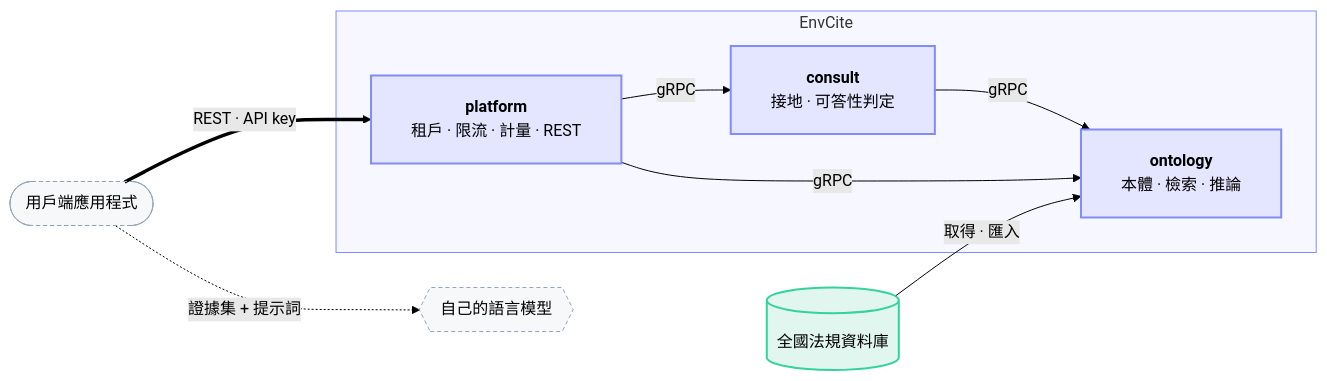
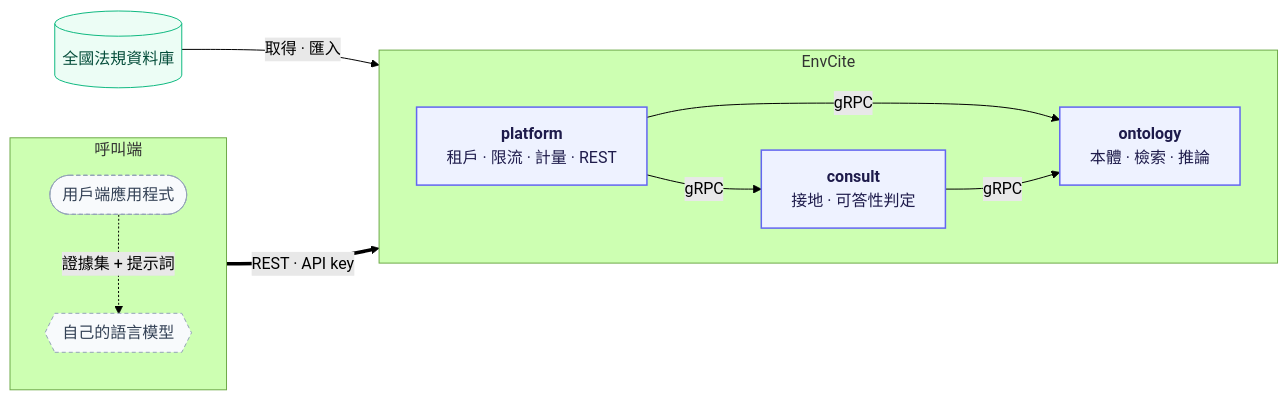
Before and after one commit to elihu0211/envcite: the diagram in README.md, drawn with Mermaid (forest theme).

Commit message:
docs: 架構圖退回已驗證可顯示的語法，避免殘影

````diff
--- a/README.md
+++ b/README.md
@@ -9,28 +9,32 @@
 ```mermaid
-%%{init: {"flowchart": {"curve": "basis", "nodeSpacing": 50, "rankSpacing": 70, "padding": 20}}}%%
+%%{init: {"flowchart": {"curve": "basis"}}}%%
 flowchart LR
-    client(["用戶端應用程式"])
-    llm{{"自己的語言模型"}}
     src[("全國法規資料庫")]
 
+    subgraph caller["呼叫端"]
+        direction TB
+        client(["用戶端應用程式"])
+        llm{{"自己的語言模型"}}
+    end
+
     subgraph envcite["EnvCite"]
+        direction LR
         platform["<b>platform</b><br/>租戶 · 限流 · 計量 · REST"]
         consult["<b>consult</b><br/>接地 · 可答性判定"]
         ontology["<b>ontology</b><br/>本體 · 檢索 · 推論"]
     end
 
     client ==>|"REST · API key"| platform
     platform -->|gRPC| consult
+    platform -->|gRPC| ontology
     consult -->|gRPC| ontology
-    platform -->|gRPC| ontology
     src -->|"取得 · 匯入"| ontology
     client -.->|"證據集 + 提示詞"| llm
 
-    classDef svc fill:#6366f120,stroke:#818cf8,stroke-width:2px
-    classDef ext fill:#94a3b814,stroke:#94a3b8,stroke-dasharray:4 3
-    classDef store fill:#10b98120,stroke:#34d399,stroke-width:2px
+    classDef svc fill:#eef2ff,stroke:#6366f1,stroke-width:1.5px,color:#1e1b4b
+    classDef store fill:#ecfdf5,stroke:#10b981,color:#064e3b
+    classDef ext fill:#f8fafc,stroke:#94a3b8,stroke-dasharray:4 3,color:#334155
     class platform,consult,ontology svc
+    class src store
     class client,llm ext
-    class src store
-    style envcite fill:#6366f10d,stroke:#818cf8
 ```
````
